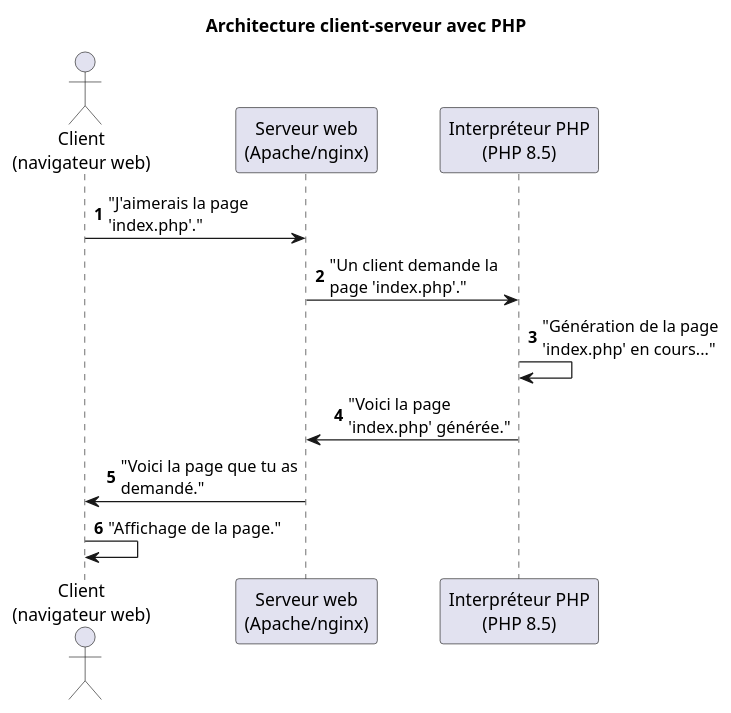
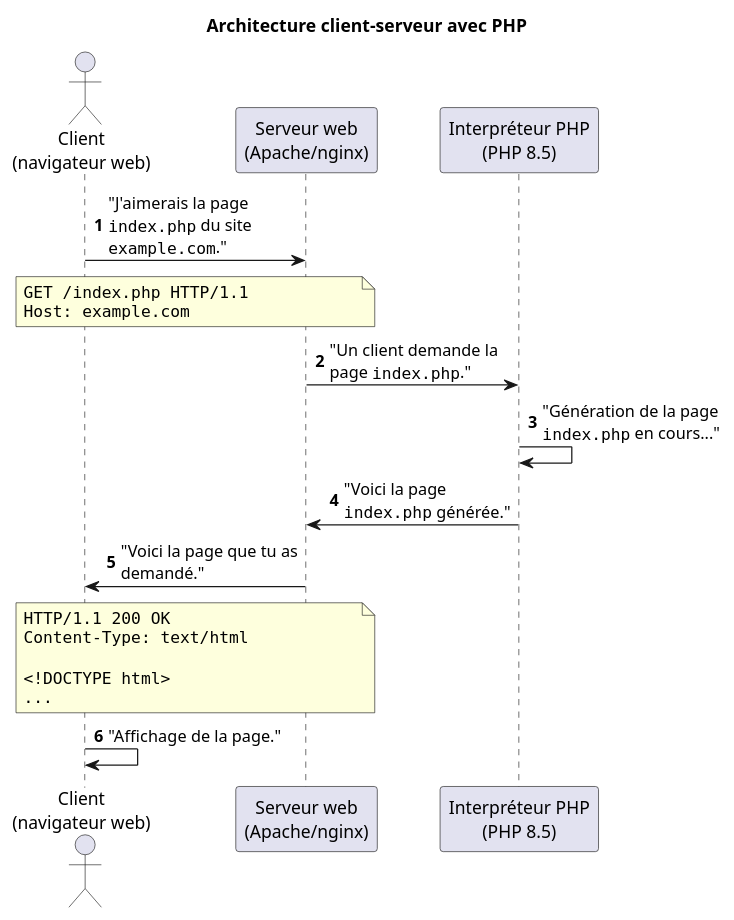
One commit to heig-vd-progserv-course/heig-vd-progserv1-course changed the diagram in 01-contenus-du-cours/01.02-introduction-a-php/images/architecture-client-serveur-avec-php.puml. Above: the diagram before and after it, drawn with PlantUML. The commit also changed 176 other files, not shown here.

```diff
--- a/01-contenus-du-cours/01.02-introduction-a-php/images/architecture-client-serveur-avec-php.puml
+++ b/01-contenus-du-cours/01.02-introduction-a-php/images/architecture-client-serveur-avec-php.puml
@@ -1,21 +1,35 @@
 @startuml architecture-client-serveur-avec-php
 skinparam boxPadding 100
 skinparam maxMessageSize 150
 skinparam noteTextAlignment left
 skinparam sequenceMessageAlign direction
 skinparam wrapWidth 250
 autonumber
 
 title "Architecture client-serveur avec PHP"
 
 actor "Client\n(navigateur web)" as browser
 participant "Serveur web\n(Apache/nginx)" as webserver
 participant "Interpréteur PHP\n(PHP 8.5)" as php
 
-browser -> webserver: "J'aimerais la page 'index.php'."
-webserver -> php: "Un client demande la page 'index.php'."
-php -> php: "Génération de la page 'index.php' en cours..."
-php -> webserver: "Voici la page 'index.php' générée."
+browser -> webserver: "J'aimerais la page ""index.php"" du site ""example.com""."
+
+note over webserver, browser
+""GET /index.php HTTP/1.1""
+""Host: example.com""
+end note
+
+webserver -> php: "Un client demande la page ""index.php""."
+php -> php: "Génération de la page ""index.php"" en cours..."
+php -> webserver: "Voici la page ""index.php"" générée."
 webserver -> browser: "Voici la page que tu as demandé."
+
+note over webserver, browser
+""HTTP/1.1 200 OK""
+""Content-Type: text/html""
+
+""~<!DOCTYPE html>""
+""...""
+end note
 browser -> browser: "Affichage de la page."
 @enduml
```
